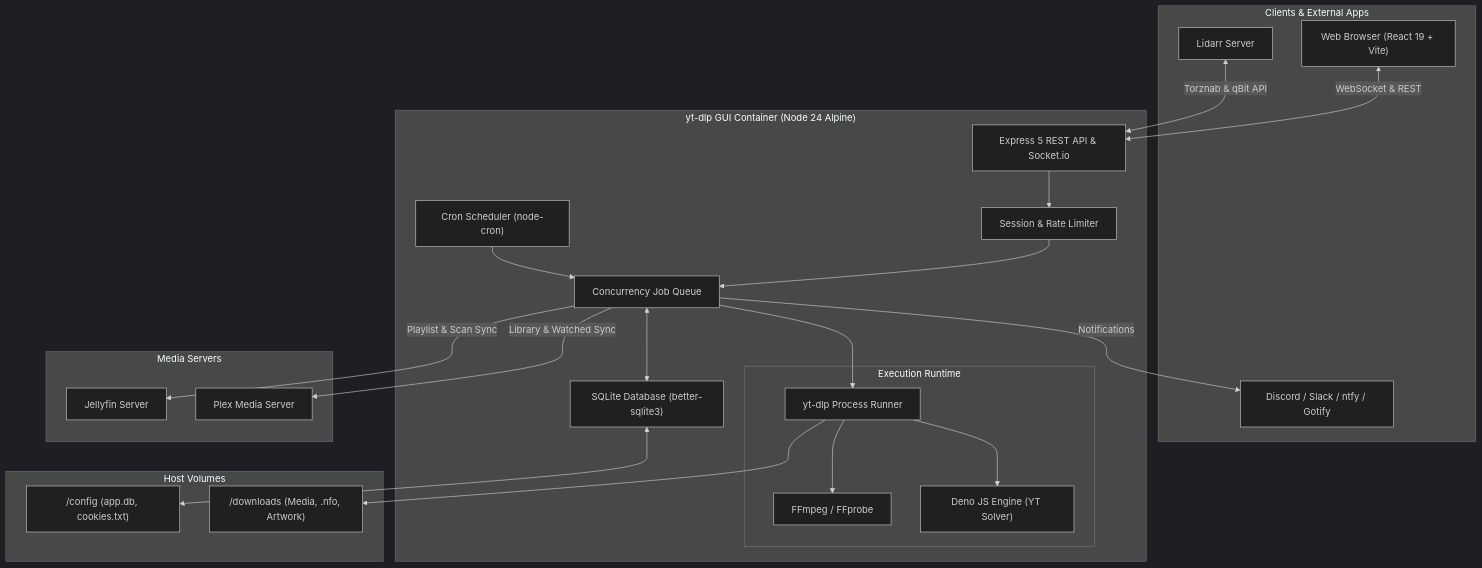
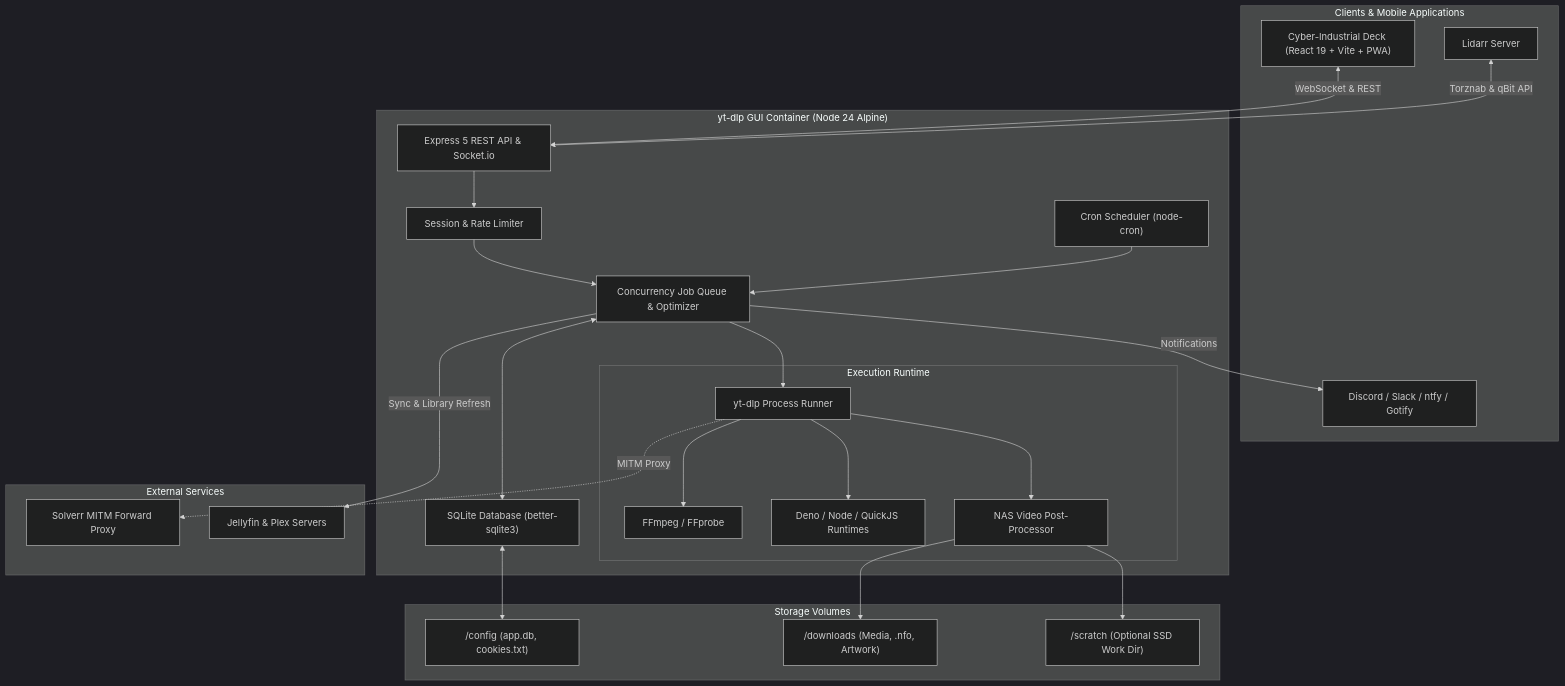
Before and after one commit to rpeters1430/yt-dlp-GUI: the diagram in README.md, drawn with Mermaid (dark theme). The commit also changed other lines of this file, not shown here.

Commit message:
docs: update README with Cyber-Industrial UI styles and latest features

````diff
--- a/README.md
+++ b/README.md
@@ -246,48 +426,52 @@
 ```mermaid
 flowchart TD
-    subgraph Clients["Clients & External Apps"]
-        Browser["Web Browser (React 19 + Vite)"]
+    subgraph Clients["Clients & Mobile Applications"]
+        Browser["Cyber-Industrial Deck (React 19 + Vite + PWA)"]
         LidarrApp["Lidarr Server"]
         Webhooks["Discord / Slack / ntfy / Gotify"]
     end
 
     subgraph Container["yt-dlp GUI Container (Node 24 Alpine)"]
         API["Express 5 REST API & Socket.io"]
         Auth["Session & Rate Limiter"]
-        Queue["Concurrency Job Queue"]
+        Queue["Concurrency Job Queue & Optimizer"]
         Ledger["SQLite Database (better-sqlite3)"]
         Sched["Cron Scheduler (node-cron)"]
 
         subgraph Engine["Execution Runtime"]
             Runner["yt-dlp Process Runner"]
             FFmpeg["FFmpeg / FFprobe"]
-            Deno["Deno JS Engine (YT Solver)"]
+            Deno["Deno / Node / QuickJS Runtimes"]
+            Optimizer["NAS Video Post-Processor"]
         end
     end
 
-    subgraph Storage["Host Volumes"]
+    subgraph Storage["Storage Volumes"]
         ConfigDir["/config (app.db, cookies.txt)"]
         DownloadDir["/downloads (Media, .nfo, Artwork)"]
+        SSDWork["/scratch (Optional SSD Work Dir)"]
     end
 
-    subgraph MediaServers["Media Servers"]
-        Jellyfin["Jellyfin Server"]
-        Plex["Plex Media Server"]
+    subgraph Proxy["External Services"]
+        Solverr["Solverr MITM Forward Proxy"]
+        MediaServers["Jellyfin & Plex Servers"]
     end
 
     Browser <-->|"WebSocket & REST"| API
     LidarrApp <-->|"Torznab & qBit API"| API
     API --> Auth --> Queue
     Queue <--> Ledger
     Sched --> Queue
     Ledger <--> ConfigDir
 
     Queue --> Runner
     Runner --> FFmpeg
     Runner --> Deno
-    Runner --> DownloadDir
+    Runner --> Optimizer
+    Optimizer --> SSDWork
+    Optimizer --> DownloadDir
 
+    Runner -.->|"MITM Proxy"| Solverr
     Queue -->|"Notifications"| Webhooks
-    Queue -->|"Playlist & Scan Sync"| Jellyfin
-    Queue -->|"Library & Watched Sync"| Plex
+    Queue -->|"Sync & Library Refresh"| MediaServers
 ```
````
